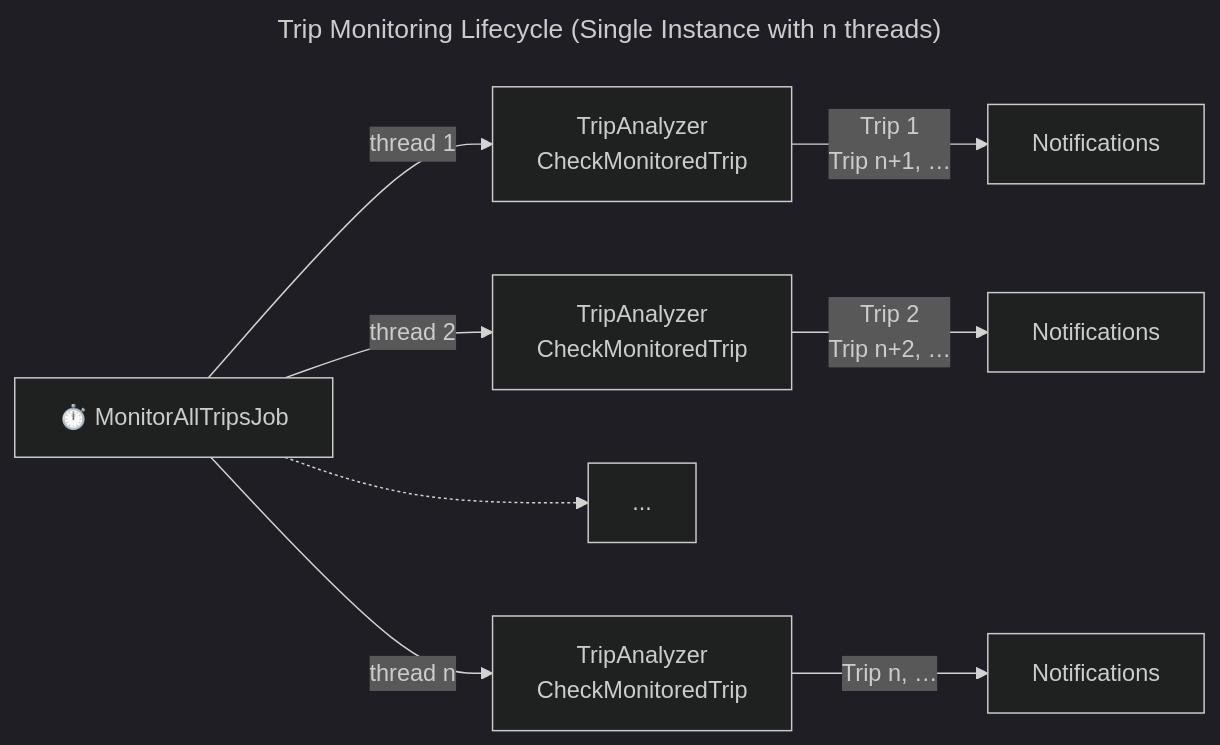
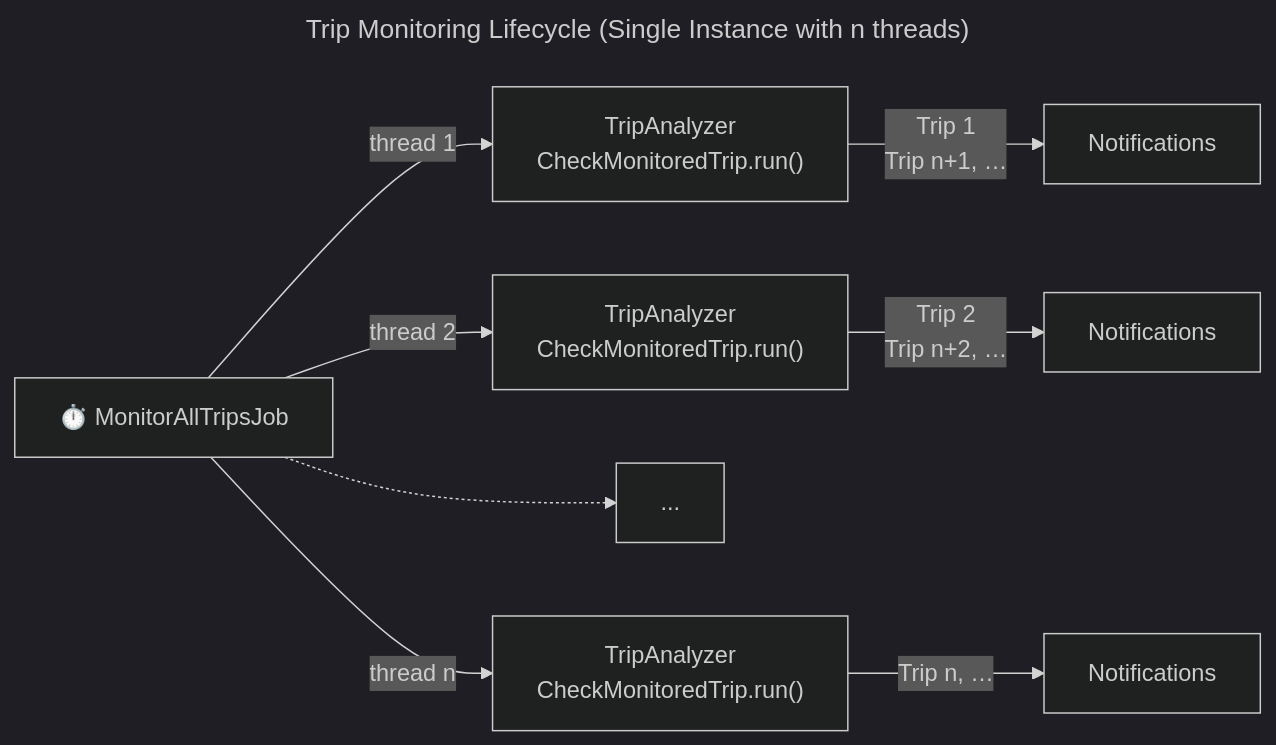
The second of 4 diagrams in docs/trip-monitoring.md (ibi-group/otp-middleware), drawn with Mermaid (dark theme) before and after one commit. The commit also changed other lines of this file, not shown here.

Commit message:
docs(trip-monitoring): Add notes and run() meth in flow diagram.

````diff
--- a/docs/trip-monitoring.md
+++ b/docs/trip-monitoring.md
@@ -107,21 +107,21 @@
 ```mermaid
 ---
 title: Trip Monitoring Lifecycle (Single Instance with n threads)
 ---
 flowchart LR
     job["⏱️ MonitorAllTripsJob"]
-    analyzer1[TripAnalyzer<br>CheckMonitoredTrip]
-    analyzer2[TripAnalyzer<br>CheckMonitoredTrip]
+    analyzer1["TripAnalyzer<br>CheckMonitoredTrip.run()"]
+    analyzer2["TripAnalyzer<br>CheckMonitoredTrip.run()"]
     analyzerX[...]
-    analyzerN[TripAnalyzer<br>CheckMonitoredTrip]
+    analyzerN["TripAnalyzer<br>CheckMonitoredTrip.run()"]
     queue1[Notifications]
     queue2[Notifications]
     queueN[Notifications]
     job --thread 1--> analyzer1
     job --thread 2--> analyzer2
     job -.-> analyzerX
     job --thread n--> analyzerN
     analyzer1 --Trip 1<br>Trip n+1, …--> queue1
     analyzer2 --Trip 2<br>Trip n+2, …--> queue2
     analyzerN --Trip n, …--> queueN
 ```
````
